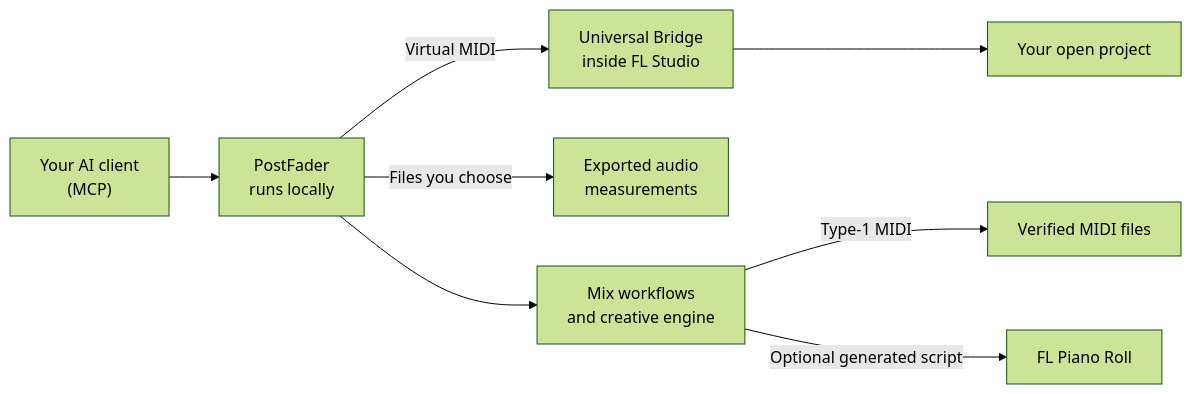
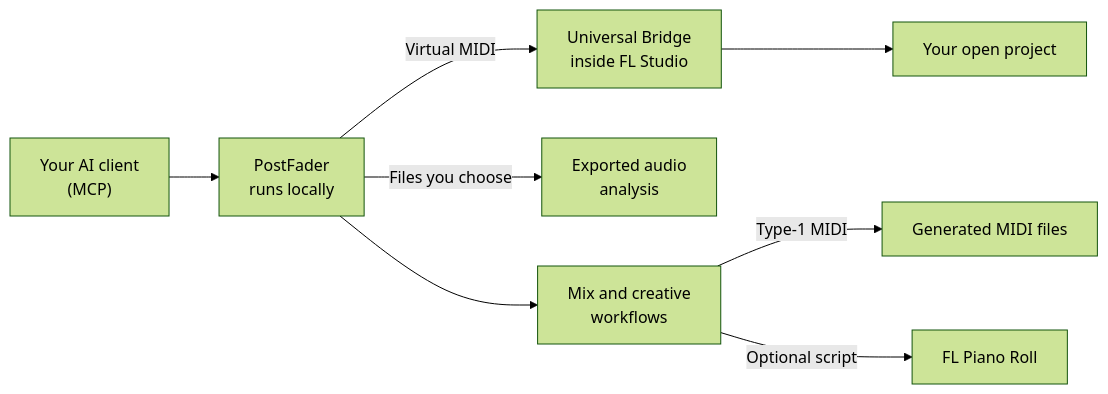
The diagram in README.md (synopsys0/postfader-fl-studio-mcp), drawn with Mermaid (forest theme) before and after one commit. The commit also changed other lines of this file, not shown here.

Commit message:
docs: lead README with producer workflows

```diff
--- a/README.md
+++ b/README.md
@@ -156,10 +292,10 @@
 ~~~mermaid
 flowchart LR
     A["Your AI client<br/>(MCP)"] --> B["PostFader<br/>runs locally"]
     B -->|"Virtual MIDI"| C["Universal Bridge<br/>inside FL Studio"]
     C --> D["Your open project"]
-    B -->|"Files you choose"| E["Exported audio<br/>measurements"]
-    B --> F["Mix workflows<br/>and creative engine"]
-    F -->|"Type-1 MIDI"| G["Verified MIDI files"]
-    F -->|"Optional generated script"| H["FL Piano Roll"]
+    B -->|"Files you choose"| E["Exported audio<br/>analysis"]
+    B --> F["Mix and creative<br/>workflows"]
+    F -->|"Type-1 MIDI"| G["Generated MIDI files"]
+    F -->|"Optional script"| H["FL Piano Roll"]
 ~~~
```
